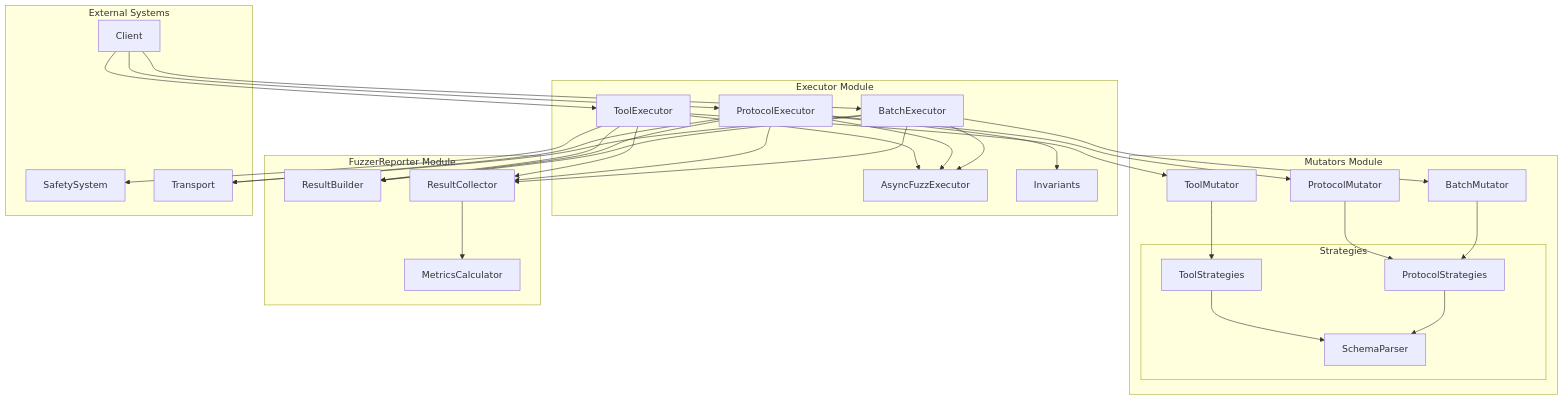
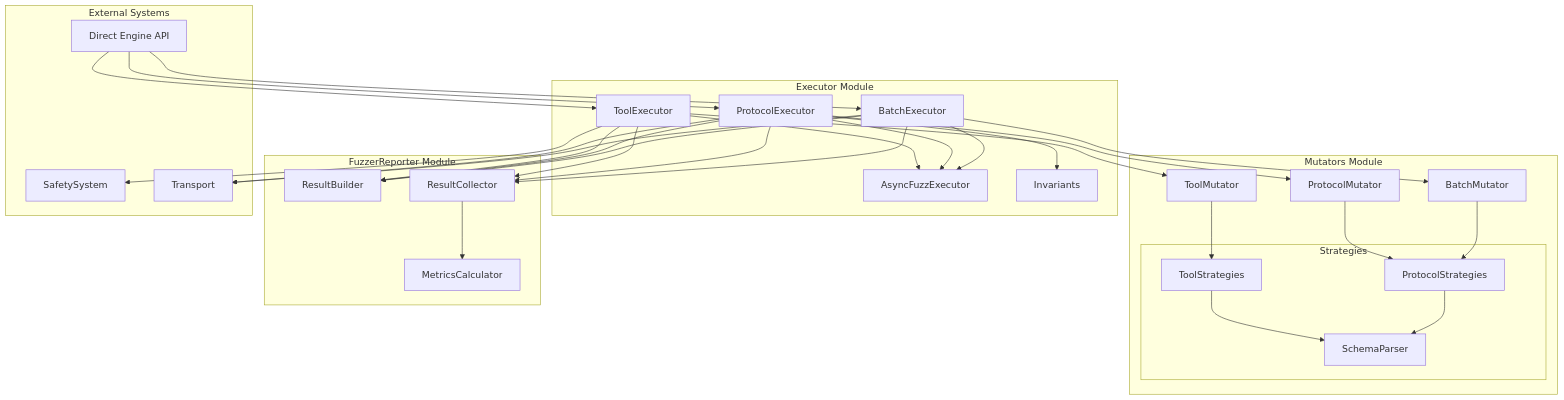
Before and after one commit to Agent-Hellboy/mcp-server-fuzzer: the first of 3 diagrams in docs/architecture/fuzz-engine.md, drawn with Mermaid. The commit also changed other lines of this file and 24 other files, not shown here.

````diff
--- a/docs/architecture/fuzz-engine.md
+++ b/docs/architecture/fuzz-engine.md
@@ -17,67 +21,67 @@
 ```mermaid
 graph TD
     subgraph Mutators[Mutators Module]
         TM[ToolMutator]
         PM[ProtocolMutator]
         BM[BatchMutator]
 
         subgraph Strategies
             TS[ToolStrategies]
             PS[ProtocolStrategies]
             SP[SchemaParser]
         end
 
         TM --> TS
         PM --> PS
         BM --> PS
         TS --> SP
         PS --> SP
     end
 
     subgraph Executor[Executor Module]
         TE[ToolExecutor]
         PE[ProtocolExecutor]
         BE[BatchExecutor]
         AE[AsyncFuzzExecutor]
         INV[Invariants]
 
         TE --> AE
         PE --> AE
         BE --> AE
         PE --> INV
     end
 
     subgraph Reporter[FuzzerReporter Module]
         RB[ResultBuilder]
         RC[ResultCollector]
         MC[MetricsCalculator]
     end
 
     subgraph External[External Systems]
         SS[SafetySystem]
         TR[Transport]
-        CL[Client]
+        CL[Direct Engine API]
     end
 
     TE --> TM
     PE --> PM
     BE --> BM
 
     TE --> RB
     PE --> RB
     BE --> RB
 
     TE --> RC
     PE --> RC
     BE --> RC
 
     TE --> SS
     CL --> TE
     CL --> PE
     CL --> BE
 
     PE --> TR
     BE --> TR
 
     RC --> MC
 ```
````
